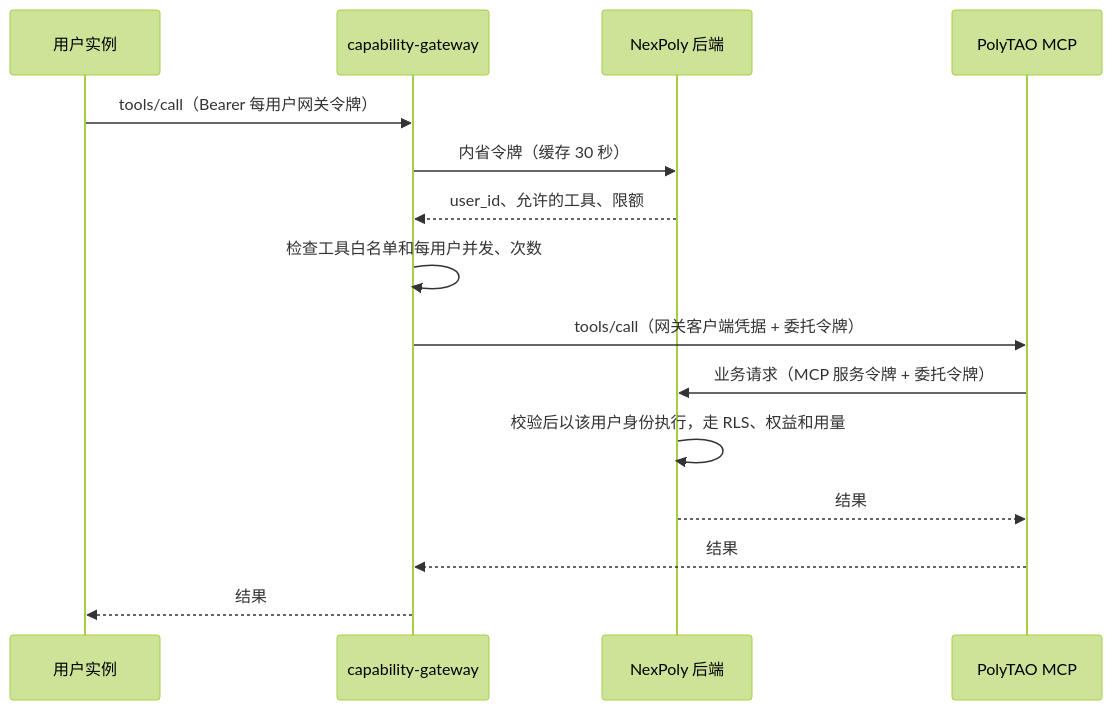
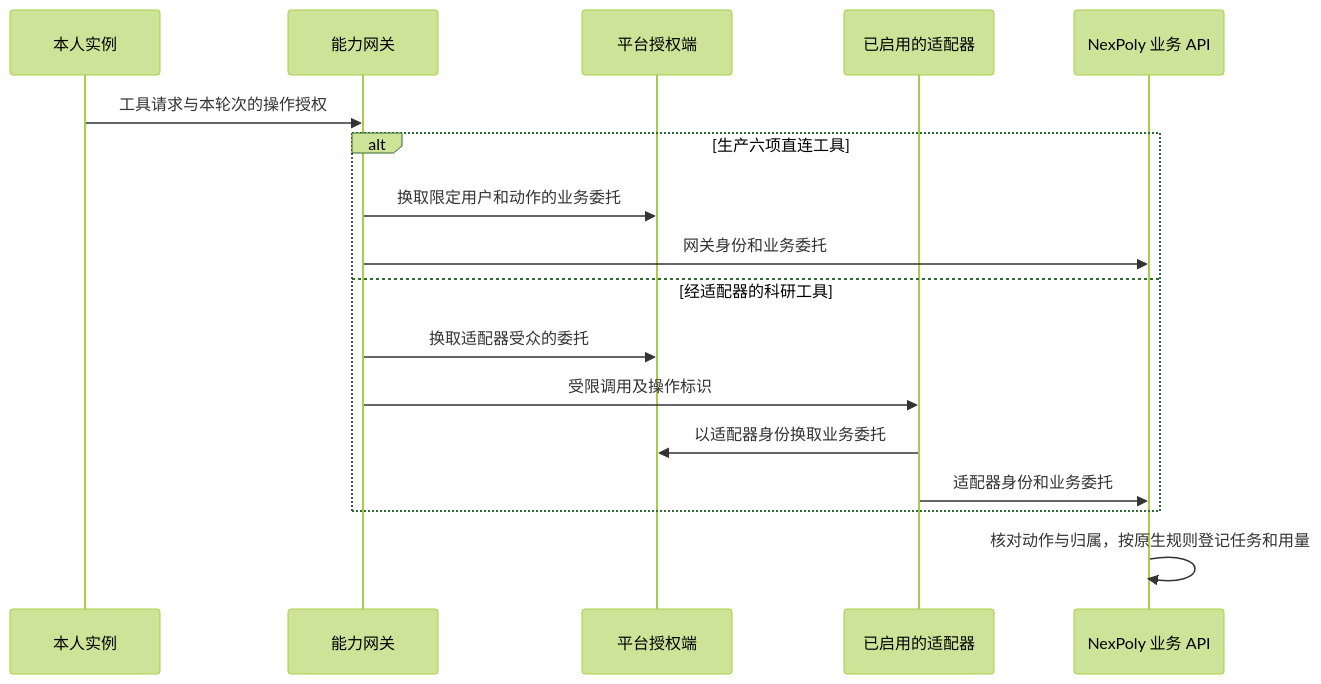
The third of 3 diagrams in docs/openscience-per-user-instances-plan.md (lzq390/ZhijuPoly), drawn with Mermaid (forest theme) before and after one commit. The commit also changed other lines of this file, not shown here.

Commit message:
docs: revise OpenScience per-user rollout and acceptance plan

````diff
--- a/docs/openscience-per-user-instances-plan.md
+++ b/docs/openscience-per-user-instances-plan.md
@@ -211,17 +179,19 @@
 ```mermaid
 sequenceDiagram
-  participant I as 用户实例
-  participant G as capability-gateway
-  participant NB as NexPoly 后端
-  participant M as PolyTAO MCP
-  I->>G: tools/call（Bearer 每用户网关令牌）
-  G->>NB: 内省令牌（缓存 30 秒）
-  NB-->>G: user_id、允许的工具、限额
-  G->>G: 检查工具白名单和每用户并发、次数
-  G->>M: tools/call（网关客户端凭据 + 委托令牌）
-  M->>NB: 业务请求（MCP 服务令牌 + 委托令牌）
-  NB->>NB: 校验后以该用户身份执行，走 RLS、权益和用量
-  NB-->>M: 结果
-  M-->>G: 结果
-  G-->>I: 结果
+  participant I as 本人实例
+  participant G as 能力网关
+  participant A as 平台授权端
+  participant M as 已启用的适配器
+  participant N as NexPoly 业务 API
+  I->>G: 工具请求与本轮次的操作授权
+  alt 生产六项直连工具
+    G->>A: 换取限定用户和动作的业务委托
+    G->>N: 网关身份和业务委托
+  else 经适配器的科研工具
+    G->>A: 换取适配器受众的委托
+    G->>M: 受限调用及操作标识
+    M->>A: 以适配器身份换取业务委托
+    M->>N: 适配器身份和业务委托
+  end
+  N->>N: 核对动作与归属，按原生规则登记任务和用量
 ```
````
